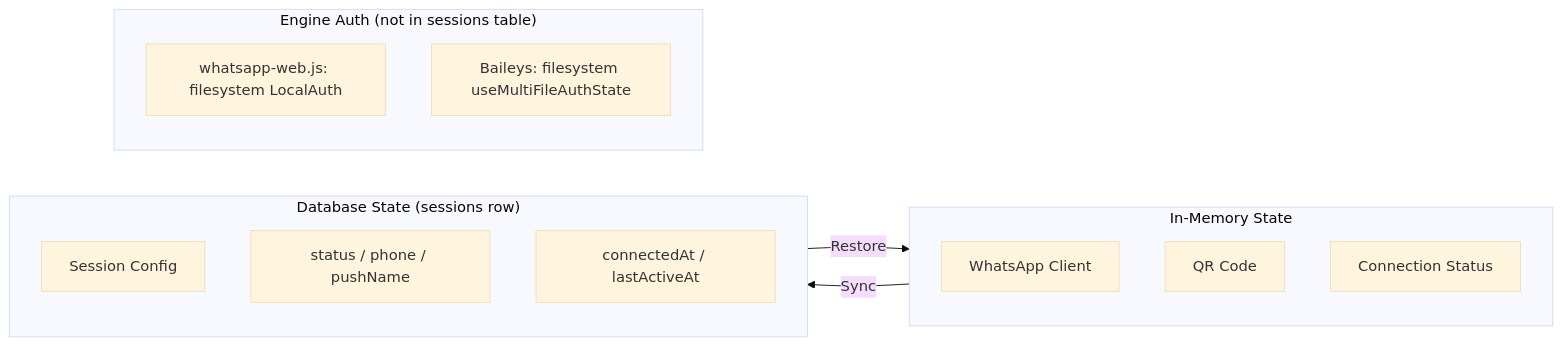
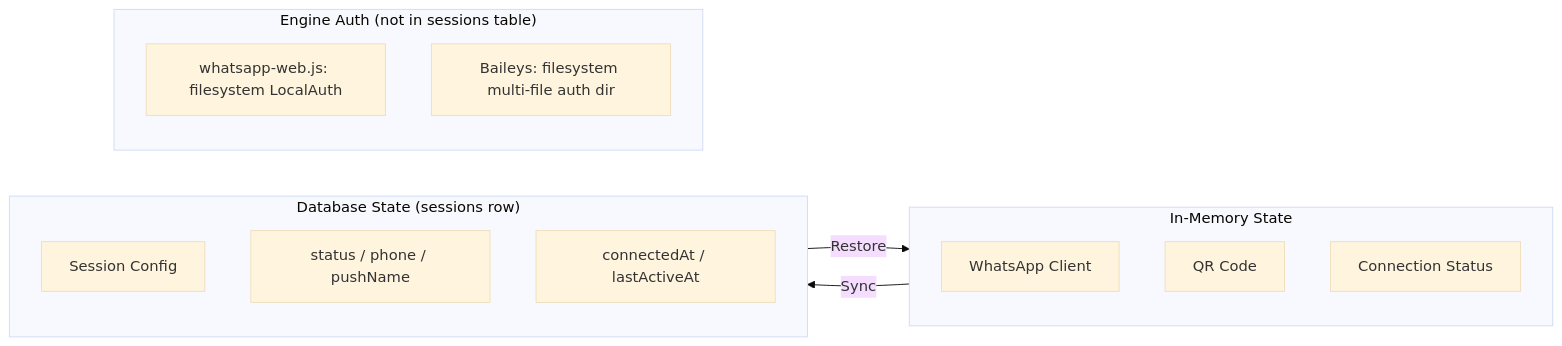
The fourth of 5 diagrams in docs/05-database-design.md (AntoineTROOVY/Sherlo), drawn with Mermaid (base theme) before and after one commit. The commit also changed other lines of this file and 6 other files, not shown here.

````diff
--- a/docs/05-database-design.md
+++ b/docs/05-database-design.md
@@ -786,22 +786,22 @@
 ```mermaid
 flowchart LR
     subgraph Memory["In-Memory State"]
         WA[WhatsApp Client]
         QR[QR Code]
         CONN[Connection Status]
     end
 
     subgraph Persistent["Database State (sessions row)"]
         CONFIG[Session Config]
         META[status / phone / pushName]
         TS[connectedAt / lastActiveAt]
     end
 
     subgraph FS["Engine Auth (not in sessions table)"]
         FSAUTH[whatsapp-web.js: filesystem LocalAuth]
-        BAUTH[Baileys: filesystem useMultiFileAuthState]
+        BAUTH[Baileys: filesystem multi-file auth dir]
     end
 
     Memory -->|Sync| Persistent
     Persistent -->|Restore| Memory
 ```
````
